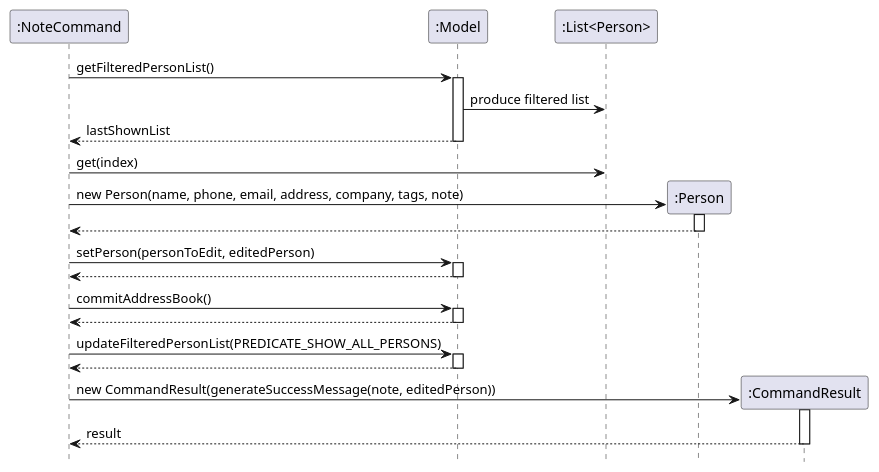
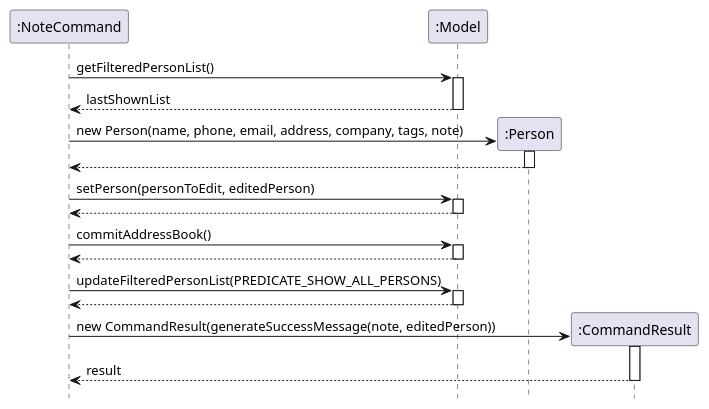
One commit to AY2526S1-CS2103T-W09-4/tp changed the diagram in docs/diagrams/add-remark/NoteCommandSequence.puml. Above: the diagram before and after it, drawn with PlantUML. The commit also changed 9 other files, not shown here.

Commit message:
Added to DG HelpCommand and added diagrams for NoteCommand

```diff
--- a/docs/diagrams/add-remark/NoteCommandSequence.puml
+++ b/docs/diagrams/add-remark/NoteCommandSequence.puml
@@ -1,48 +1,44 @@
 @startuml NoteCommandInternalSequence
 hide footbox
 skinparam ArrowFontStyle plain
 
 participant ":NoteCommand" as NoteCommand
 participant ":Model" as Model
-participant ":List<Person>" as LastShownList
 participant ":Person" as EditedPerson
 participant ":CommandResult" as CommandResult
 
 NoteCommand -> Model : getFilteredPersonList()
 activate Model
-Model -> LastShownList : produce filtered list
 Model --> NoteCommand : lastShownList
 deactivate Model
 
-NoteCommand -> LastShownList : get(index)
 
-' Ensure EditedPerson lifeline exists at top, then send constructor and activate immediately
 create EditedPerson
 NoteCommand -> EditedPerson : new Person(name, phone, email, address, company, tags, note)
 activate EditedPerson
 EditedPerson --> NoteCommand
 deactivate EditedPerson
 
 NoteCommand -> Model : setPerson(personToEdit, editedPerson)
 activate Model
 Model --> NoteCommand
 deactivate Model
 
 NoteCommand -> Model : commitAddressBook()
 activate Model
 Model --> NoteCommand
 deactivate Model
 
 NoteCommand -> Model : updateFilteredPersonList(PREDICATE_SHOW_ALL_PERSONS)
 activate Model
 Model --> NoteCommand
 deactivate Model
 
 ' CommandResult: create first to reserve top placement, then constructor and activation attached to class box
 create CommandResult
 NoteCommand -> CommandResult : new CommandResult(generateSuccessMessage(note, editedPerson))
 activate CommandResult
 CommandResult --> NoteCommand : result
 deactivate CommandResult
 
 @enduml
```
